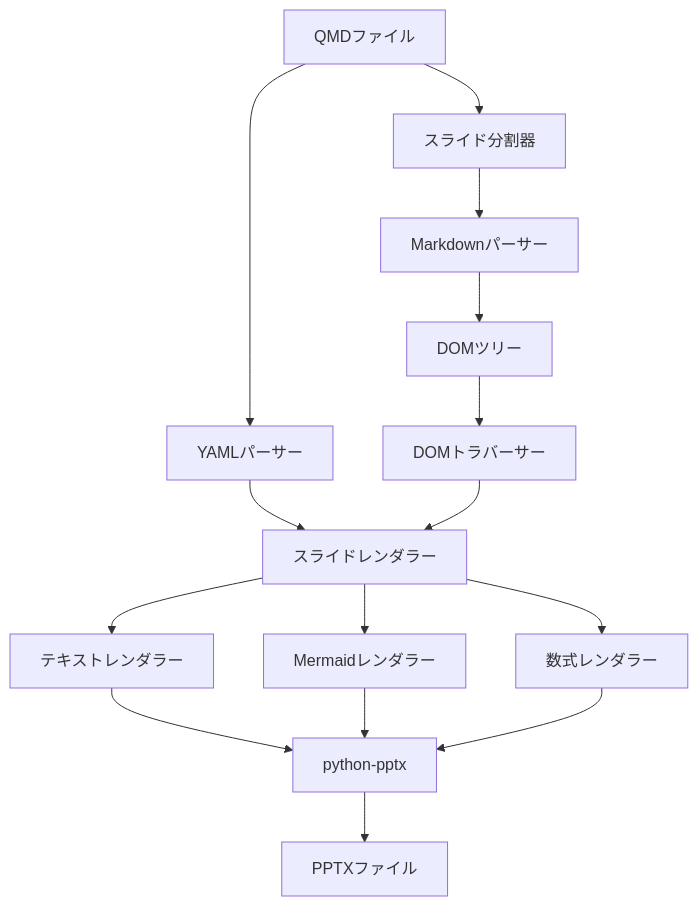
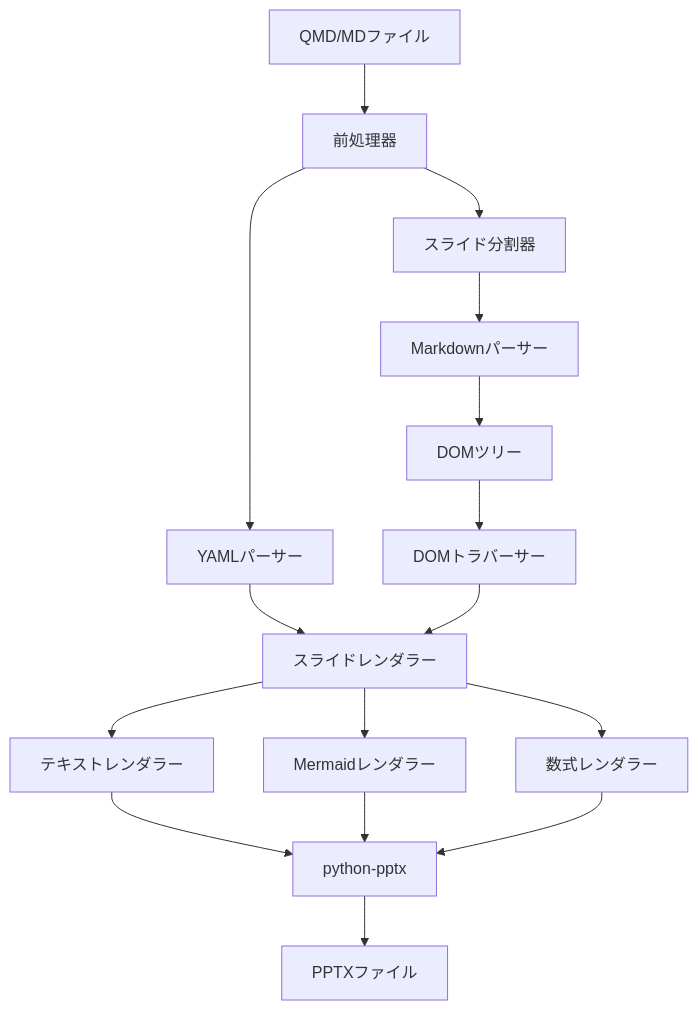
Before and after one commit to notfolder/qmd_to_pptx: the first of 6 diagrams in docs/QMD_TO_PPTX_DESIGN.md, drawn with Mermaid. The commit also changed other lines of this file, not shown here.

````diff
--- a/docs/QMD_TO_PPTX_DESIGN.md
+++ b/docs/QMD_TO_PPTX_DESIGN.md
@@ -13,17 +13,18 @@
 ```mermaid
 flowchart TD
-    A[QMDファイル] --> B[YAMLパーサー]
-    A --> C[スライド分割器]
+    A[QMD/MDファイル] --> P[前処理器]
+    P --> B[YAMLパーサー]
+    P --> C[スライド分割器]
     C --> D[Markdownパーサー]
     D --> E[DOMツリー]
     E --> F[DOMトラバーサー]
     B --> G[スライドレンダラー]
     F --> G
     G --> H1[テキストレンダラー]
     G --> H2[Mermaidレンダラー]
     G --> H3[数式レンダラー]
     H1 --> I[python-pptx]
     H2 --> I
     H3 --> I
     I --> J[PPTXファイル]
 ```
````
